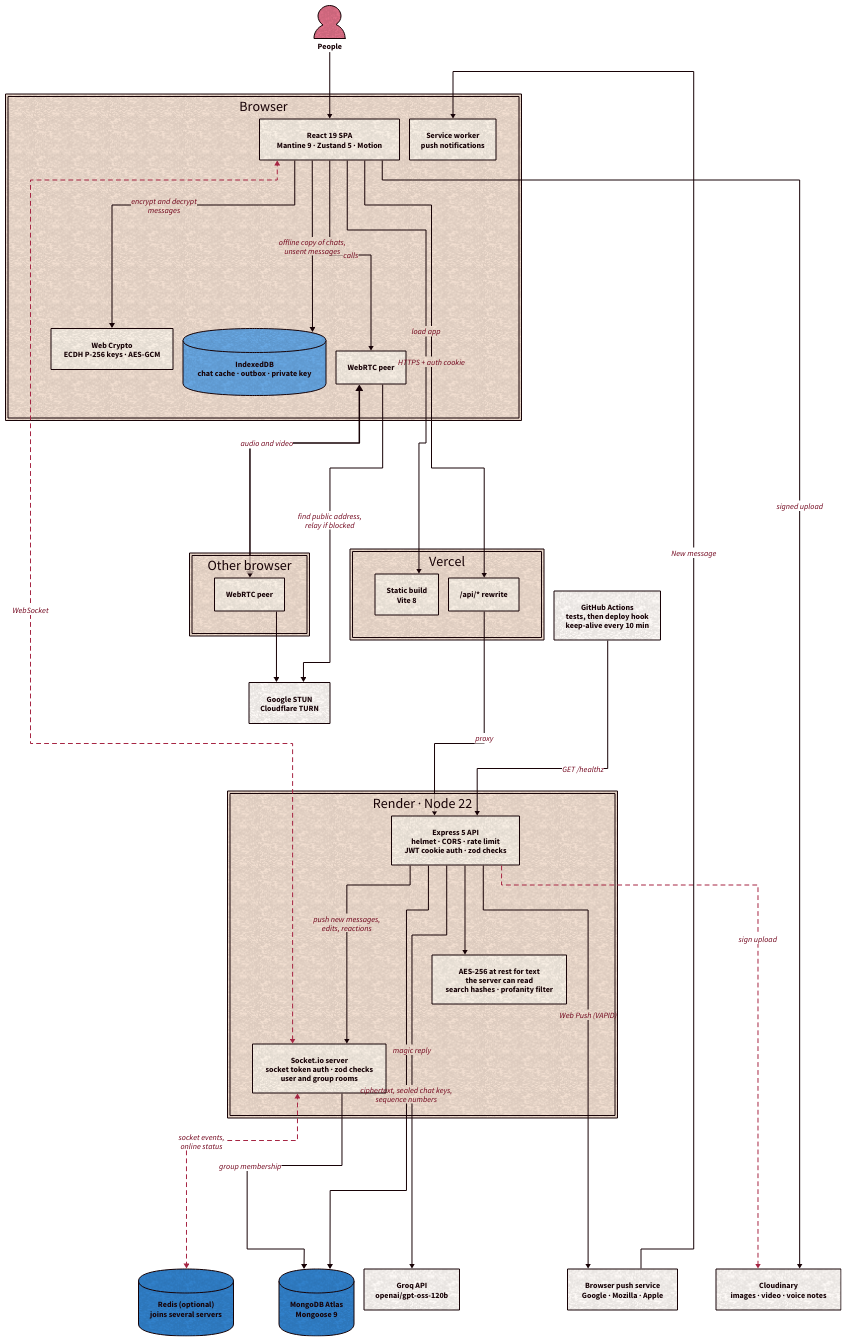
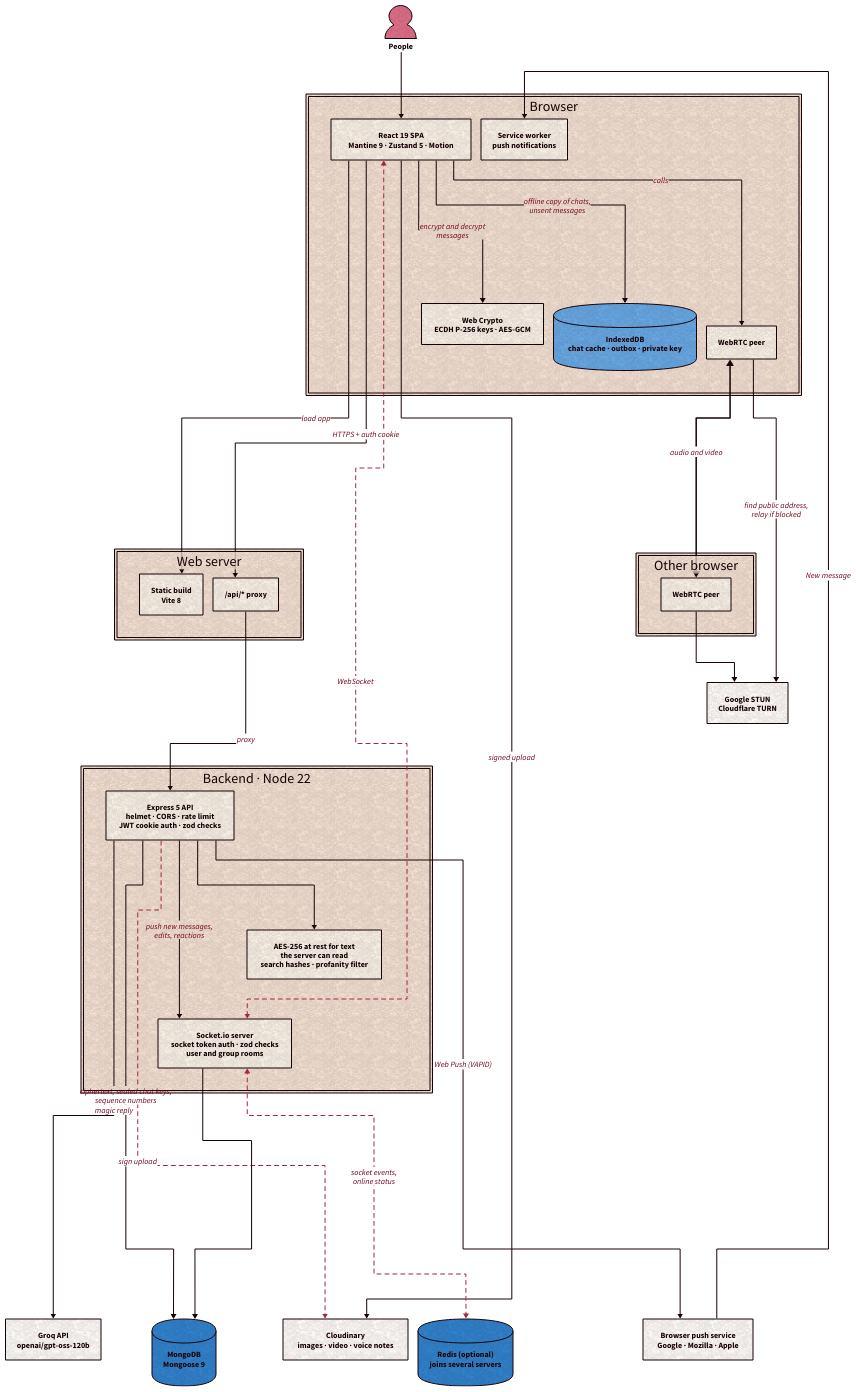
Before and after one commit to Sarcastic-Soul/ChatApp: the diagram in docs/architecture.d2, drawn with D2. The commit also changed 1 other file, not shown here.

Commit message:
docs: show only the app in the architecture diagram
Hosting names (Vercel, Render, Atlas) and the GitHub Actions keep-alive
are gone, since the app can be hosted anywhere.

```diff
--- a/docs/architecture.d2
+++ b/docs/architecture.d2
@@ -1,87 +1,84 @@
 # ChatApp architecture. Render with:
 #   d2 docs/architecture.d2 docs/architecture.svg
 vars: {
   d2-config: {
     theme-id: 302
     layout-engine: elk
     pad: 40
   }
 }
 
 direction: down
 
 users: People {
   shape: person
 }
 
 browser: Browser {
   spa: "React 19 SPA\nMantine 9 · Zustand 5 · Motion"
   e2ee: "Web Crypto\nECDH P-256 keys · AES-GCM"
   cache: "IndexedDB\nchat cache · outbox · private key" {shape: cylinder}
   sw: "Service worker\npush notifications"
   rtc: WebRTC peer
   spa -> e2ee: "encrypt and decrypt\nmessages"
   spa -> cache: "offline copy of chats,\nunsent messages"
   spa -> rtc: calls
 }
 
 peer: Other browser {
   rtc: WebRTC peer
 }
 
 stun: "Google STUN\nCloudflare TURN"
 
 push: "Browser push service\nGoogle · Mozilla · Apple"
 
-vercel: Vercel {
+web: Web server {
   static: "Static build\nVite 8"
-  rewrite: "/api/* rewrite"
+  rewrite: "/api/* proxy"
 }
 
-render: Render · Node 22 {
+server: Backend · Node 22 {
   api: "Express 5 API\nhelmet · CORS · rate limit\nJWT cookie auth · zod checks"
   io: "Socket.io server\nsocket token auth · zod checks\nuser and group rooms"
   crypto: "AES-256 at rest for text\nthe server can read\nsearch hashes · profanity filter"
   api -> crypto
   api -> io: "push new messages,\nedits, reactions"
 }
 
-cron: "GitHub Actions\ntests, then deploy hook\nkeep-alive every 10 min"
-
 redis: "Redis (optional)\njoins several servers" {
   shape: cylinder
 }
 
-atlas: "MongoDB Atlas\nMongoose 9" {
+mongo: "MongoDB\nMongoose 9" {
   shape: cylinder
 }
 
 cloudinary: "Cloudinary\nimages · video · voice notes"
 
 groq: "Groq API\nopenai/gpt-oss-120b"
 
 users -> browser.spa
-browser.spa -> vercel.static: load app
-browser.spa -> vercel.rewrite: "HTTPS + auth cookie"
-vercel.rewrite -> render.api: proxy
-browser.spa <-> render.io: WebSocket {
+browser.spa -> web.static: load app
+browser.spa -> web.rewrite: "HTTPS + auth cookie"
+web.rewrite -> server.api: proxy
+browser.spa <-> server.io: WebSocket {
   style.stroke-dash: 4
 }
 browser.spa -> cloudinary: signed upload
-render.api -> cloudinary: sign upload {
+server.api -> cloudinary: sign upload {
   style.stroke-dash: 4
 }
-render.api -> atlas: "ciphertext, sealed chat keys,\nsequence numbers"
-render.io -> atlas: group membership
-render.api -> groq: magic reply
+server.api -> mongo: "ciphertext, sealed chat keys,\nsequence numbers"
+server.io -> mongo
+server.api -> groq: magic reply
 browser.rtc <-> peer.rtc: audio and video {
   style.stroke-width: 3
 }
 browser.rtc -> stun: "find public address,\nrelay if blocked"
 peer.rtc -> stun
-cron -> render.api: "GET /healthz"
-render.api -> push: Web Push (VAPID)
+server.api -> push: Web Push (VAPID)
 push -> browser.sw: "New message"
-render.io <-> redis: "socket events,\nonline status" {
+server.io <-> redis: "socket events,\nonline status" {
   style.stroke-dash: 4
 }
```
